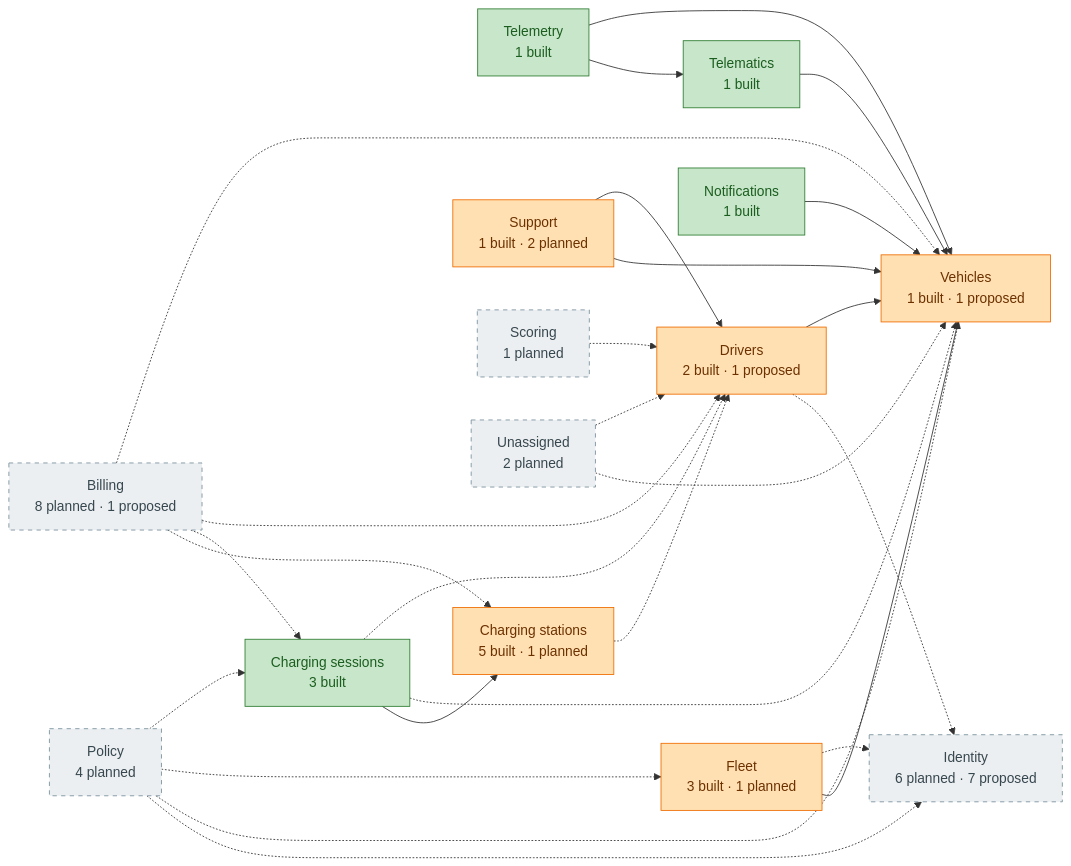
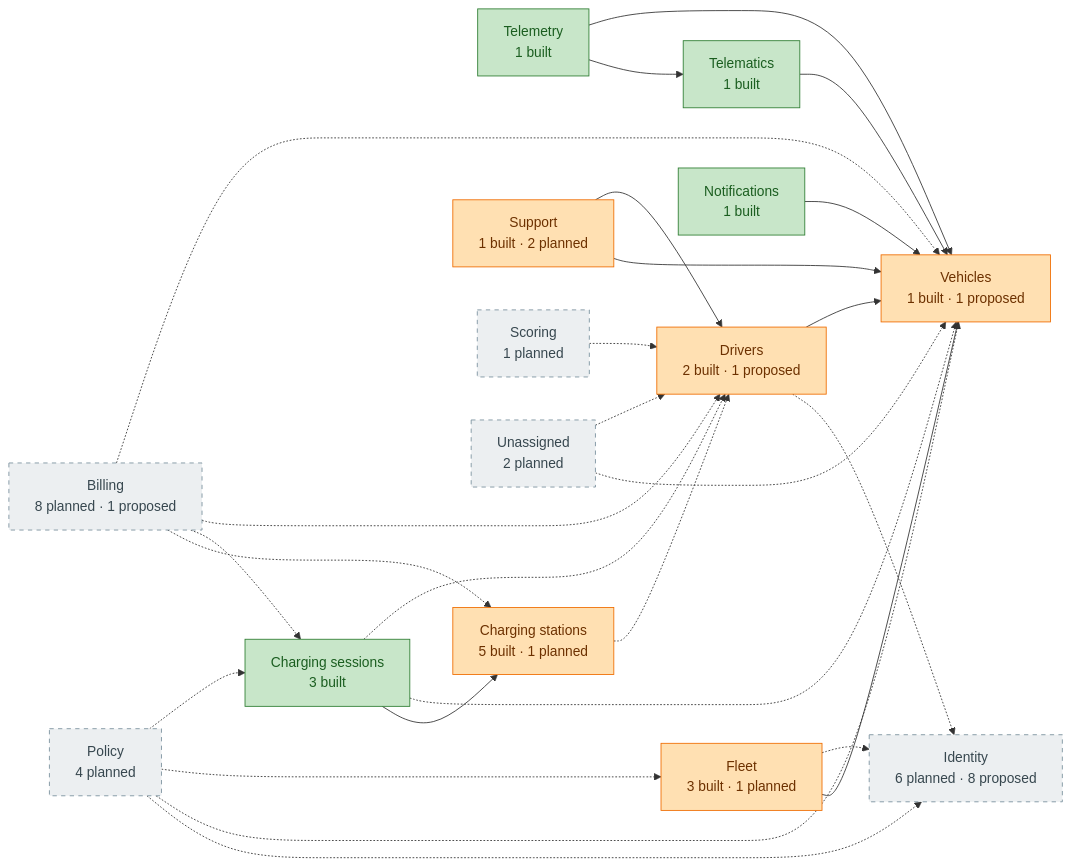
Before and after one commit to yolo-coccoc/G3Network-app: the diagram in docs/design/domain-model/overview.md, drawn with Mermaid. The commit also changed other lines of this file and 22 other files, not shown here.

````diff
--- a/docs/design/domain-model/overview.md
+++ b/docs/design/domain-model/overview.md
@@ -28,45 +28,45 @@
 ```mermaid
 flowchart LR
-  identity["Identity<br/>6 planned · 7 proposed"]:::planned
+  identity["Identity<br/>6 planned · 8 proposed"]:::planned
   vehicles["Vehicles<br/>1 built · 1 proposed"]:::partial
   telematics["Telematics<br/>1 built"]:::built
   telemetry["Telemetry<br/>1 built"]:::built
   drivers["Drivers<br/>2 built · 1 proposed"]:::partial
   fleet["Fleet<br/>3 built · 1 planned"]:::partial
   charging_stations["Charging stations<br/>5 built · 1 planned"]:::partial
   charging_sessions["Charging sessions<br/>3 built"]:::built
   notifications["Notifications<br/>1 built"]:::built
   support["Support<br/>1 built · 2 planned"]:::partial
   policy["Policy<br/>4 planned"]:::planned
   billing["Billing<br/>8 planned · 1 proposed"]:::planned
   scoring["Scoring<br/>1 planned"]:::planned
   unassigned["Unassigned<br/>2 planned"]:::planned
   telematics --> vehicles
   telemetry --> telematics
   telemetry --> vehicles
   drivers -.-> identity
   drivers --> vehicles
   fleet --> vehicles
   fleet -.-> identity
   charging_stations -.-> drivers
   charging_sessions --> charging_stations
   charging_sessions -.-> vehicles
   charging_sessions -.-> drivers
   notifications --> vehicles
   support --> vehicles
   support --> drivers
   policy -.-> identity
   policy -.-> vehicles
   policy -.-> fleet
   policy -.-> charging_sessions
   billing -.-> charging_stations
   billing -.-> charging_sessions
   billing -.-> drivers
   billing -.-> vehicles
   scoring -.-> drivers
   unassigned -.-> vehicles
   unassigned -.-> drivers
   classDef built fill:#C8E6C9,stroke:#2E7D32,color:#1B5E20
   classDef partial fill:#FFE0B2,stroke:#EF6C00,color:#6D3100
   classDef planned fill:#ECEFF1,stroke:#78909C,color:#37474F,stroke-dasharray:5 5
 ```
````
